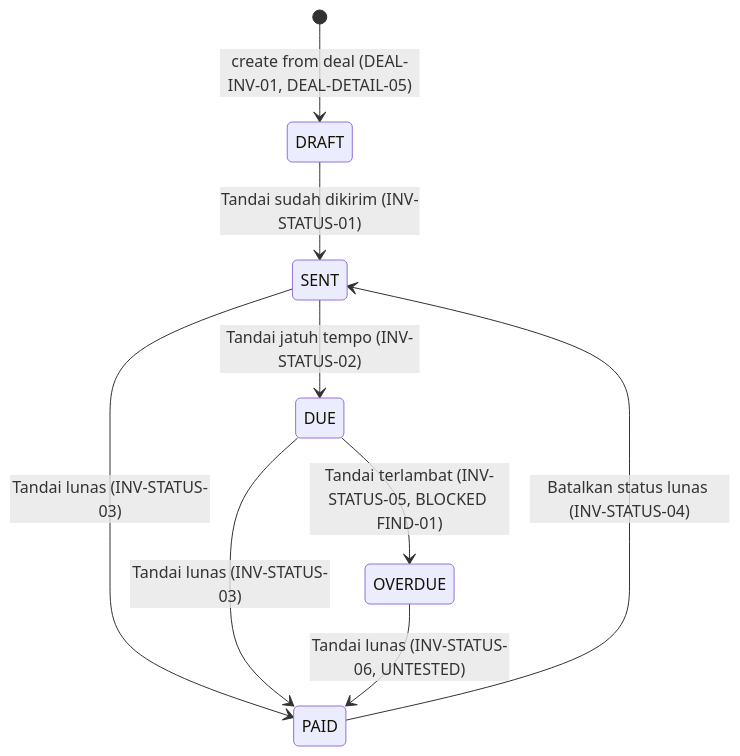
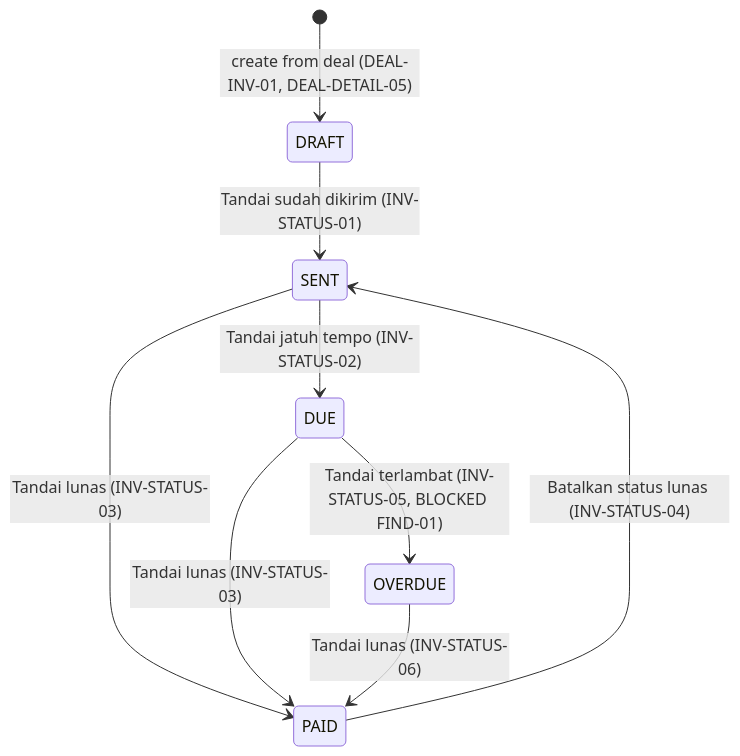
The first of 3 diagrams in docs/testing/JOURNEY-GRAPHS.md (crh/dibayar), drawn with Mermaid before and after one commit. The commit also changed other lines of this file and 5 other files, not shown here.

First line of the commit message:
docs(journeys): Phase 2A inventory, generated report, graphs, backlog, findings

````diff
--- a/docs/testing/JOURNEY-GRAPHS.md
+++ b/docs/testing/JOURNEY-GRAPHS.md
@@ -19,11 +19,11 @@
 ```mermaid
 stateDiagram-v2
     [*] --> DRAFT: create from deal (DEAL-INV-01, DEAL-DETAIL-05)
     DRAFT --> SENT: Tandai sudah dikirim (INV-STATUS-01)
     SENT --> DUE: Tandai jatuh tempo (INV-STATUS-02)
     SENT --> PAID: Tandai lunas (INV-STATUS-03)
     DUE --> OVERDUE: Tandai terlambat (INV-STATUS-05, BLOCKED FIND-01)
     DUE --> PAID: Tandai lunas (INV-STATUS-03)
-    OVERDUE --> PAID: Tandai lunas (INV-STATUS-06, UNTESTED)
+    OVERDUE --> PAID: Tandai lunas (INV-STATUS-06)
     PAID --> SENT: Batalkan status lunas (INV-STATUS-04)
 ```
````
